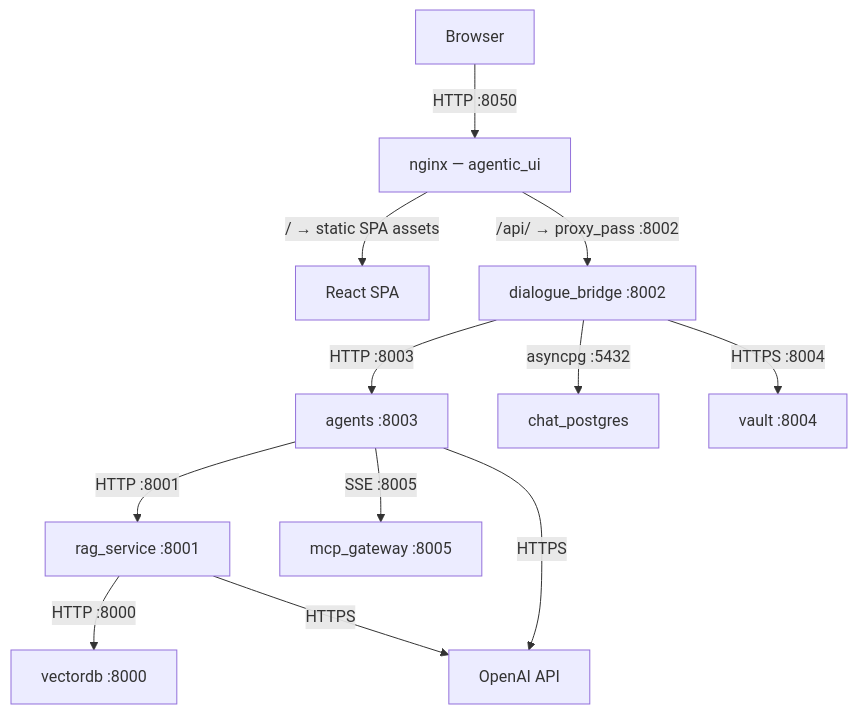
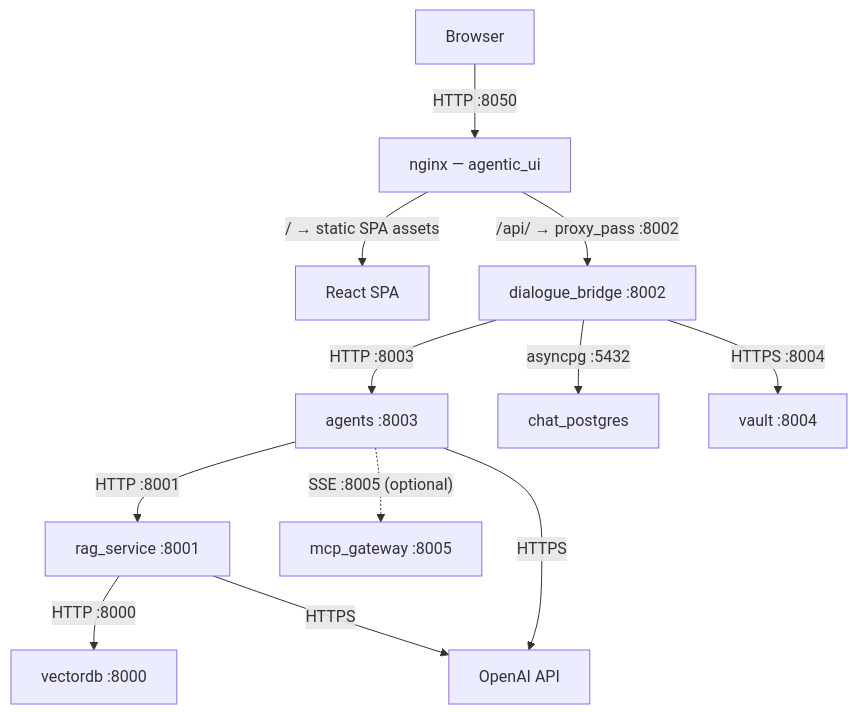
The sixth of 9 diagrams in README.md (konstantinosmpouros/mAgenticX), drawn with Mermaid before and after one commit. The commit also changed other lines of this file and 31 other files, not shown here.

````diff
--- a/README.md
+++ b/README.md
@@ -309,13 +309,13 @@
 ```mermaid
 flowchart TD
     Browser["Browser"] -->|"HTTP :8050"| Nginx["nginx — agentic_ui"]
     Nginx -->|"/ → static SPA assets"| SPA["React SPA"]
     Nginx -->|"/api/ → proxy_pass :8002"| Bridge["dialogue_bridge :8002"]
     Bridge -->|"HTTP :8003"| Agents["agents :8003"]
     Bridge -->|"asyncpg :5432"| PG["chat_postgres"]
     Bridge -->|"HTTPS :8004"| Vault["vault :8004"]
     Agents -->|"HTTP :8001"| RAG["rag_service :8001"]
-    Agents -->|"SSE :8005"| MCP["mcp_gateway :8005"]
+    Agents -.->|"SSE :8005 (optional)"| MCP["mcp_gateway :8005"]
     RAG -->|"HTTP :8000"| Chroma["vectordb :8000"]
     Agents & RAG -->|"HTTPS"| OpenAI["OpenAI API"]
 ```
````
